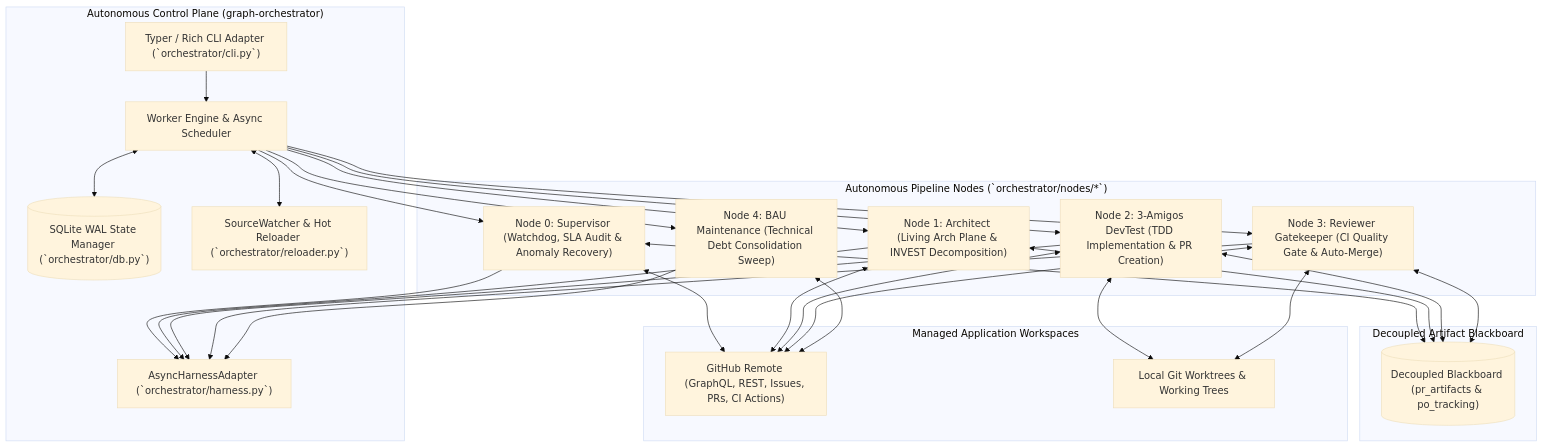
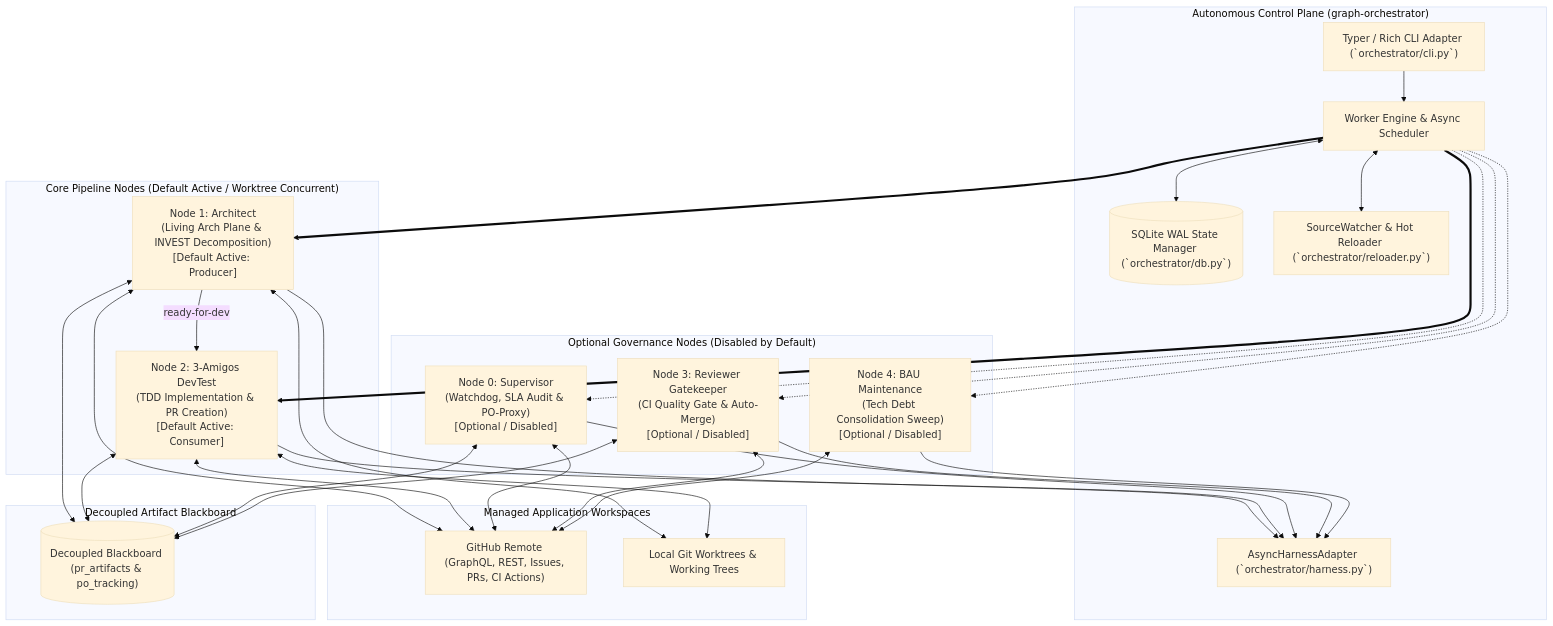
One commit to AntaresAndBharani/graph-engineering changed the first of 5 diagrams in .graph/architecture.md. Above: the diagram before and after it, drawn with Mermaid (base theme). The commit also changed other lines of this file, not shown here.

Commit message:
docs(architecture): update architectural standards

````diff
--- a/.graph/architecture.md
+++ b/.graph/architecture.md
@@ -17,36 +19,41 @@
 ```mermaid
 flowchart TD
     subgraph Control Plane ["Autonomous Control Plane (graph-orchestrator)"]
         CLI["Typer / Rich CLI Adapter (`orchestrator/cli.py`)"]
         Core["Worker Engine & Async Scheduler"]
         State[("SQLite WAL State Manager (`orchestrator/db.py`)")]
         Reloader["SourceWatcher & Hot Reloader (`orchestrator/reloader.py`)"]
         Adapter["AsyncHarnessAdapter (`orchestrator/harness.py`)"]
     end
 
-    subgraph Governance & Pipeline Nodes ["Autonomous Pipeline Nodes (`orchestrator/nodes/*`)"]
-        N0["Node 0: Supervisor (Watchdog, SLA Audit & Anomaly Recovery)"]
-        N1["Node 1: Architect (Living Arch Plane & INVEST Decomposition)"]
-        N2["Node 2: 3-Amigos DevTest (TDD Implementation & PR Creation)"]
-        N3["Node 3: Reviewer Gatekeeper (CI Quality Gate & Auto-Merge)"]
-        N4["Node 4: BAU Maintenance (Technical Debt Consolidation Sweep)"]
+    subgraph Default 2-Node Parallel Engine ["Core Pipeline Nodes (Default Active / Worktree Concurrent)"]
+        N1["Node 1: Architect\n(Living Arch Plane & INVEST Decomposition)\n[Default Active: Producer]"]
+        N2["Node 2: 3-Amigos DevTest\n(TDD Implementation & PR Creation)\n[Default Active: Consumer]"]
+        N1 -->|ready-for-dev| N2
+    end
+
+    subgraph Optional Governance Nodes ["Optional Governance Nodes (Disabled by Default)"]
+        N0["Node 0: Supervisor\n(Watchdog, SLA Audit & PO-Proxy)\n[Optional / Disabled]"]
+        N3["Node 3: Reviewer Gatekeeper\n(CI Quality Gate & Auto-Merge)\n[Optional / Disabled]"]
+        N4["Node 4: BAU Maintenance\n(Tech Debt Consolidation Sweep)\n[Optional / Disabled]"]
     end
 
     subgraph Blackboard Layer ["Decoupled Artifact Blackboard"]
         BB[("Decoupled Blackboard (pr_artifacts & po_tracking)")]
     end
 
     subgraph Managed Target Repositories ["Managed Application Workspaces"]
         GH["GitHub Remote (GraphQL, REST, Issues, PRs, CI Actions)"]
         LocalGit["Local Git Worktrees & Working Trees"]
     end
 
     CLI --> Core
     Core <--> State
     Core <--> Reloader
-    Core --> N0 & N1 & N2 & N3 & N4
-    N0 & N1 & N2 & N3 & N4 --> Adapter
-    N0 & N1 & N2 & N3 & N4 <--> GH
-    N0 & N1 & N2 & N3 <--> BB
-    N2 & N3 <--> LocalGit
+    Core ==> N1 & N2
+    Core -.-> N0 & N3 & N4
+    N1 & N2 & N0 & N3 & N4 --> Adapter
+    N1 & N2 & N0 & N3 & N4 <--> GH
+    N1 & N2 & N0 & N3 <--> BB
+    N1 & N2 <--> LocalGit
 ```
````
